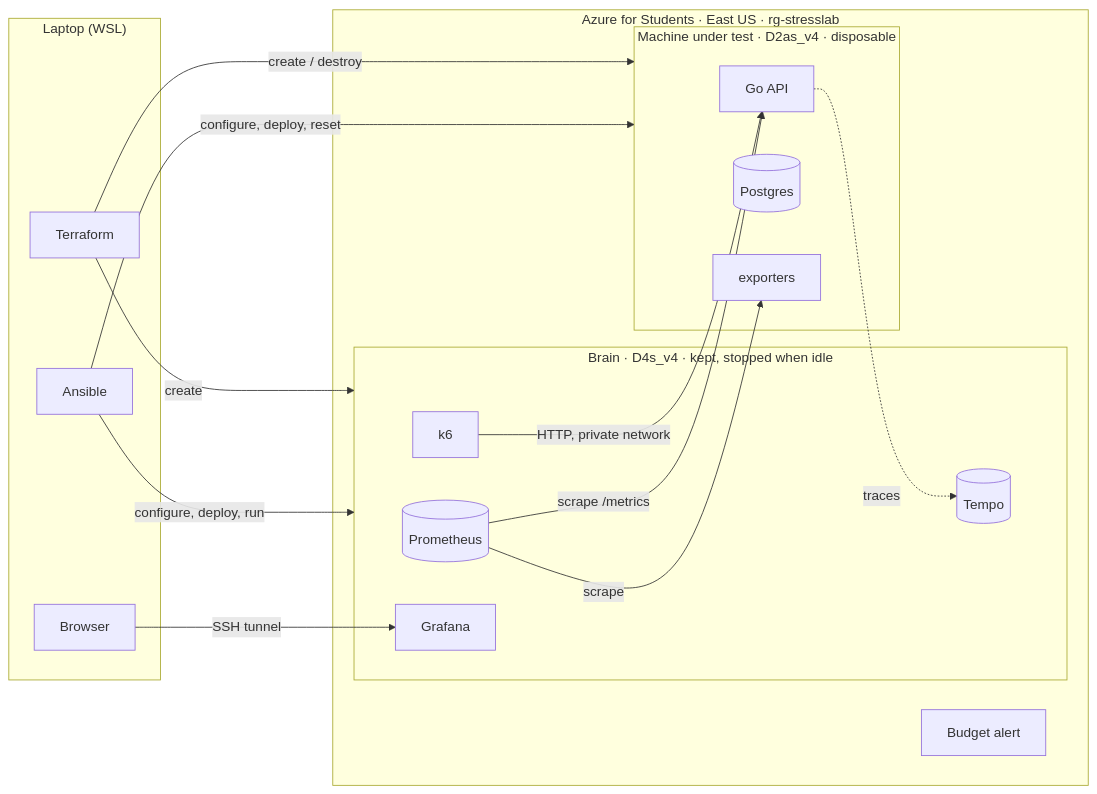
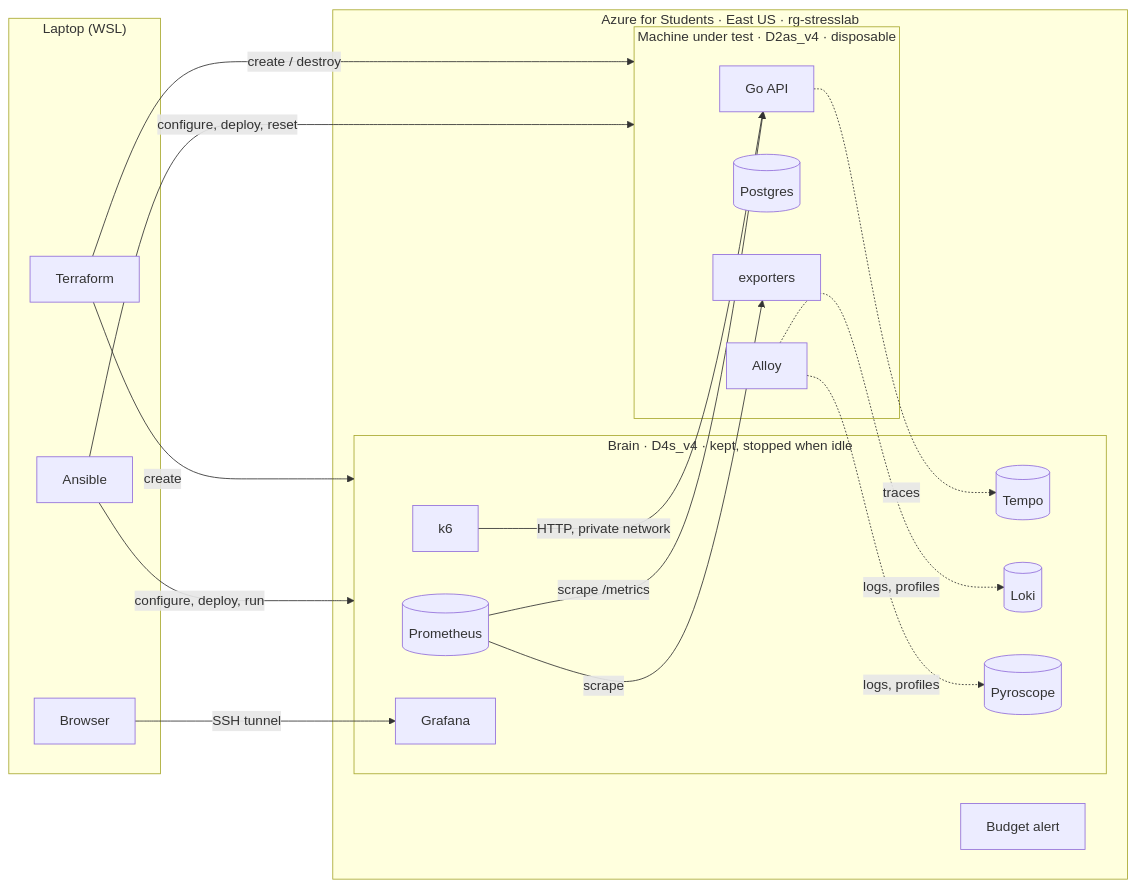
Before and after one commit to adssib/StressLab: the fourth of 4 diagrams in docs/SPEC.md, drawn with Mermaid. The commit also changed other lines of this file and 4 other files, not shown here.

First line of the commit message:
docs: roadmap, kafka, overload, full observability, slos

````diff
--- a/docs/SPEC.md
+++ b/docs/SPEC.md
@@ -262,31 +264,35 @@
 ```mermaid
 flowchart LR
   subgraph LAPTOP["Laptop (WSL)"]
     TF["Terraform"]
     ANS["Ansible"]
     BR["Browser"]
   end
   subgraph AZ["Azure for Students · East US · rg-stresslab"]
     subgraph BRAIN["Brain · D4s_v4 · kept, stopped when idle"]
       K6["k6"]
       PROM[("Prometheus")]
       TEMPO[("Tempo")]
+      LOKI[("Loki")]
+      PYRO[("Pyroscope")]
       GRAF["Grafana"]
     end
     subgraph SUT["Machine under test · D2as_v4 · disposable"]
       API["Go API"]
       PG[("Postgres")]
       EXP["exporters"]
+      ALLOY["Alloy"]
     end
     BUD["Budget alert"]
   end
   TF -->|"create / destroy"| SUT
   TF -->|"create"| BRAIN
   ANS -->|"configure, deploy, run"| BRAIN
   ANS -->|"configure, deploy, reset"| SUT
   K6 -->|"HTTP, private network"| API
   PROM -->|"scrape"| EXP
   PROM -->|"scrape /metrics"| API
   API -.->|"traces"| TEMPO
+  ALLOY -.->|"logs, profiles"| LOKI & PYRO
   BR -->|"SSH tunnel"| GRAF
 ```
````
